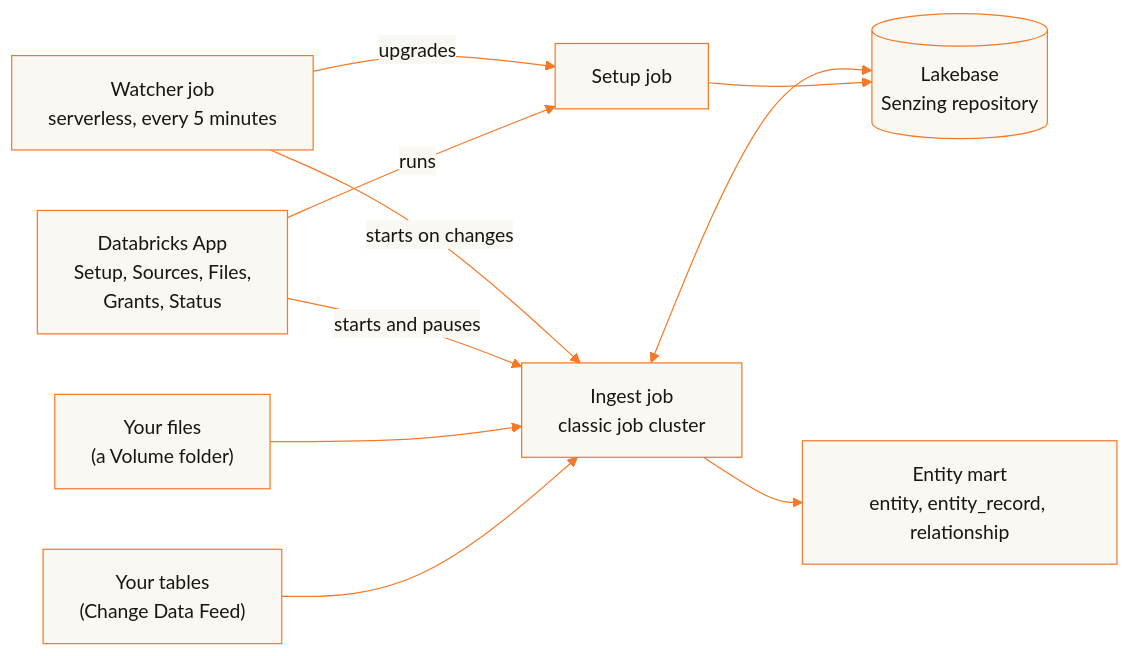
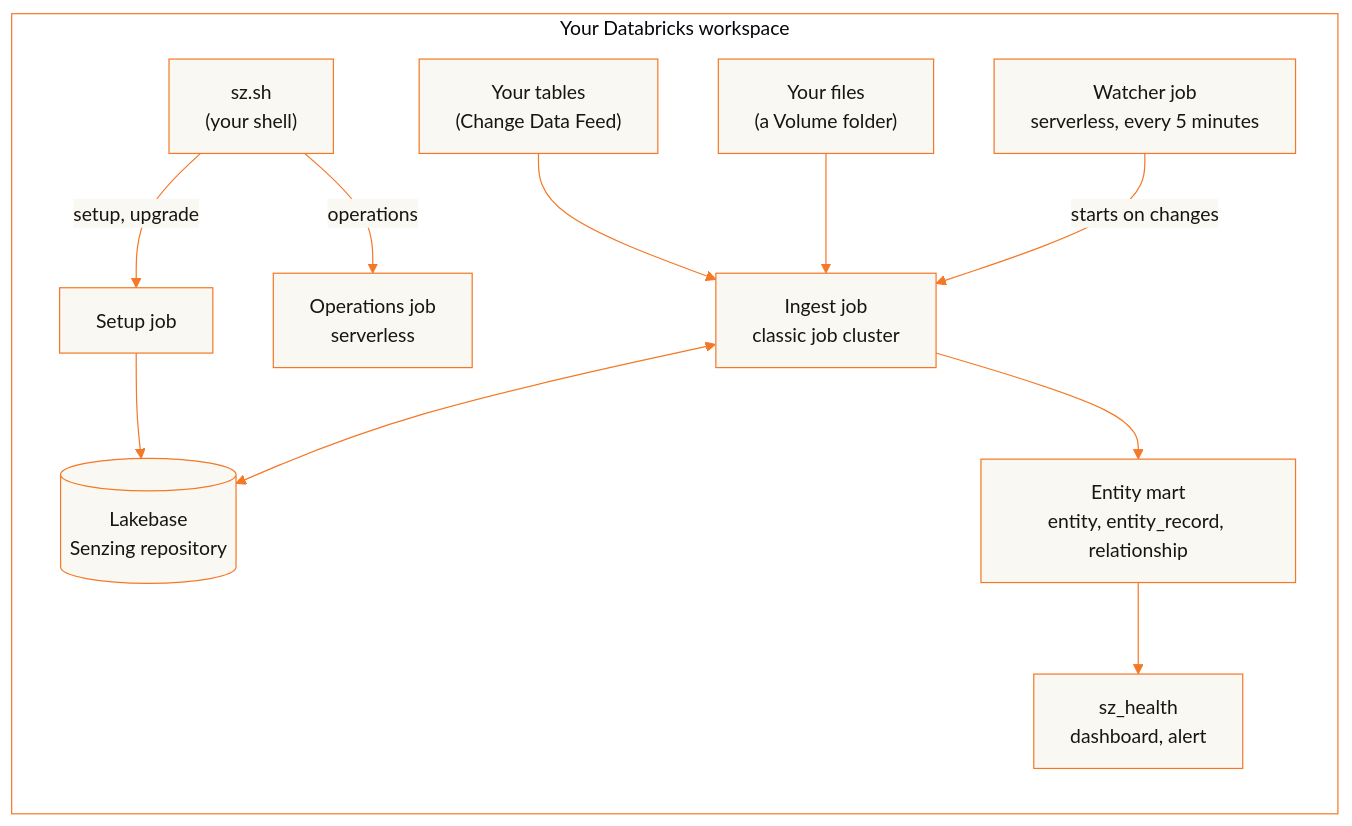
The diagram in README.md (Senzing/sz-databricks), drawn with Mermaid before and after one commit. The commit also changed other lines of this file and 17 other files, not shown here.

First line of the commit message:
4.4.3-4: command-line install and operation, no Databricks App (#6)

````diff
--- a/README.md
+++ b/README.md
@@ -51,13 +61,15 @@
 ```mermaid
 %%{init: {"theme":"base","themeVariables":{"primaryColor":"#FAF8F3","primaryTextColor":"#18160F","primaryBorderColor":"#F57826","lineColor":"#F57826","secondaryColor":"#FFFFFF","tertiaryColor":"#FAF8F3","edgeLabelBackground":"#FAF8F3","clusterBkg":"#FFFFFF","clusterBorder":"#F57826","fontFamily":"Roboto, Helvetica Neue, Arial, sans-serif"}}}%%
 flowchart LR
-  T["Your tables<br/>(Change Data Feed)"] --> I
-  F["Your files<br/>(a Volume folder)"] --> I
-  A["Databricks App<br/>Setup, Sources, Files,<br/>Grants, Status"] -- starts and pauses --> I["Ingest job<br/>classic job cluster"]
-  W["Watcher job<br/>serverless, every 5 minutes"] -- starts on changes --> I
-  A -- runs --> S["Setup job"]
-  W -- upgrades --> S
-  S --> L
-  I <--> L[("Lakebase<br/>Senzing repository")]
-  I --> M["Entity mart<br/>entity, entity_record, relationship"]
+  subgraph ws["Your Databricks workspace"]
+    T["Your tables<br/>(Change Data Feed)"] --> I
+    F["Your files<br/>(a Volume folder)"] --> I
+    O["sz.sh<br/>(your shell)"] -- operations --> P["Operations job<br/>serverless"]
+    O -- setup, upgrade --> S["Setup job"]
+    W["Watcher job<br/>serverless, every 5 minutes"] -- starts on changes --> I["Ingest job<br/>classic job cluster"]
+    S --> L
+    I <--> L[("Lakebase<br/>Senzing repository")]
+    I --> M["Entity mart<br/>entity, entity_record, relationship"]
+    M --> H["sz_health<br/>dashboard, alert"]
+  end
 ```
````
